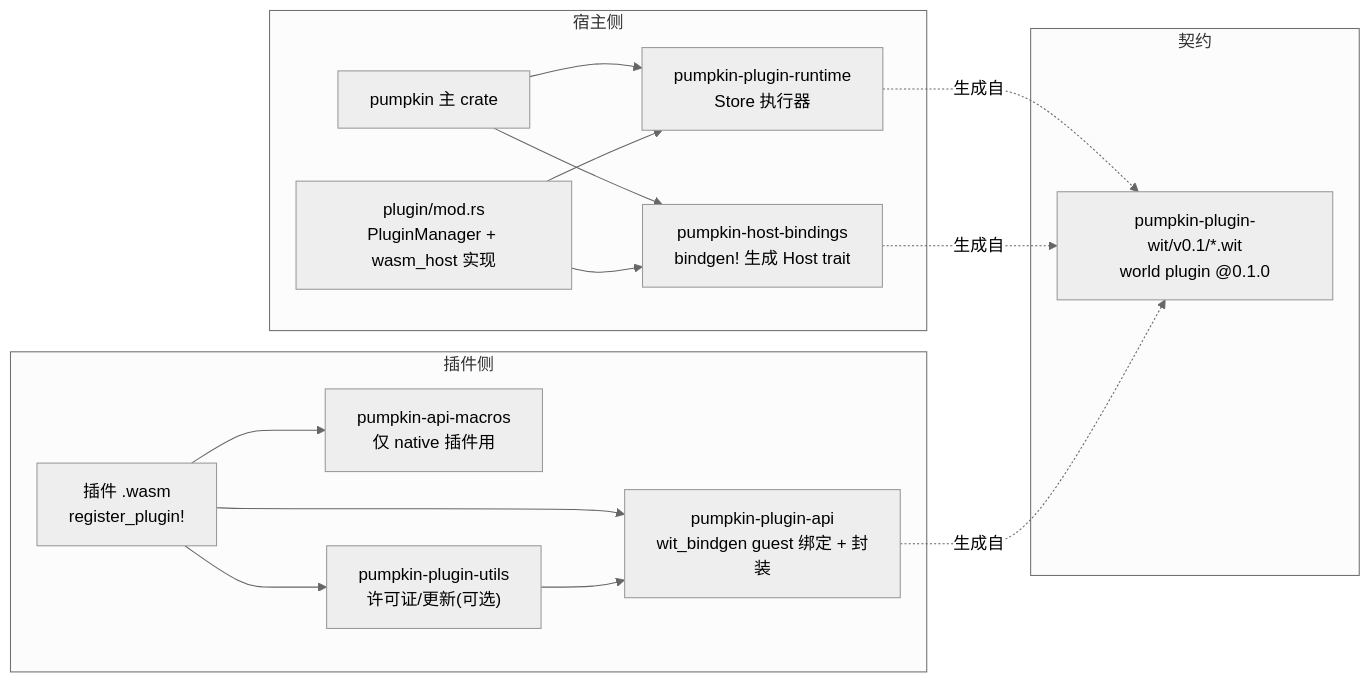
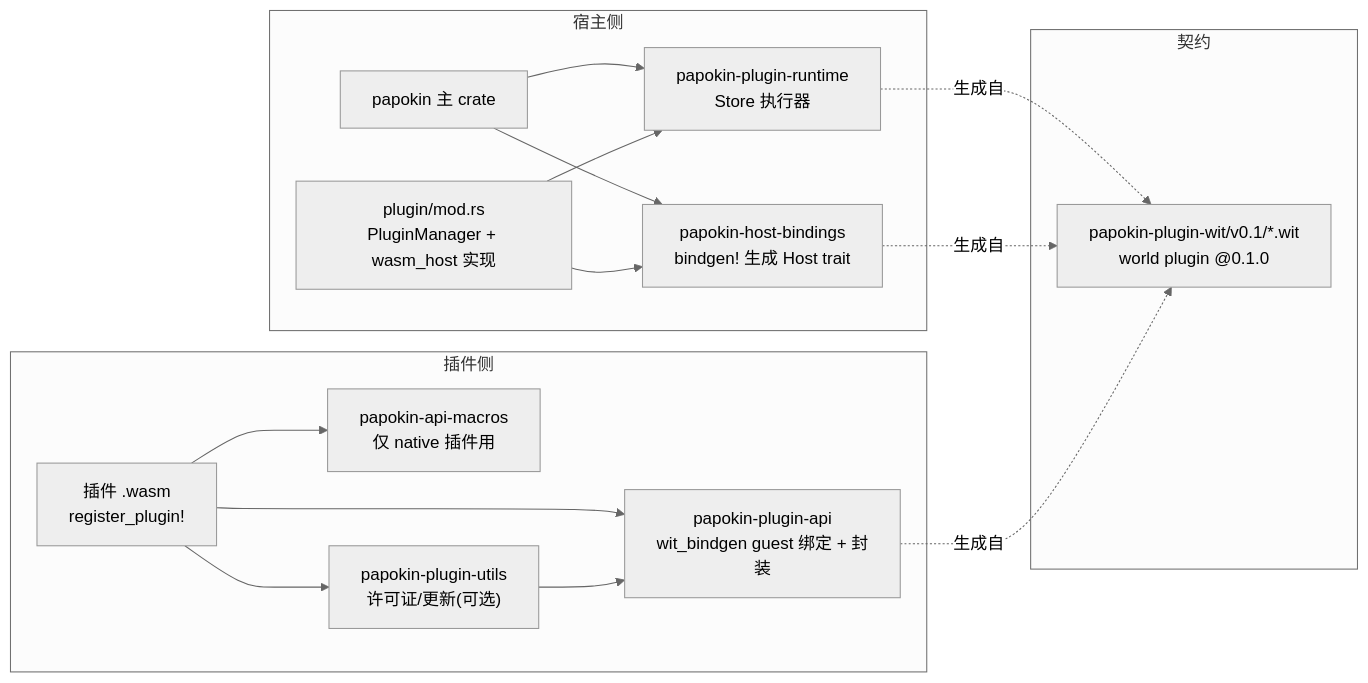
The third of 3 diagrams in note/03-依赖关系.md (Quotidietium/Papokin), drawn with Mermaid (neutral theme) before and after one commit. The commit also changed other lines of this file, not shown here.

````diff
--- a/note/03-依赖关系.md
+++ b/note/03-依赖关系.md
@@ -146,26 +137,26 @@
 ```mermaid
 graph LR
     subgraph HOST["宿主侧"]
-        PUMPKIN2["pumpkin 主 crate"]
-        HB["pumpkin-host-bindings<br/>bindgen! 生成 Host trait"]
-        RT["pumpkin-plugin-runtime<br/>Store 执行器"]
+        PAPOKIN2["papokin 主 crate"]
+        HB["papokin-host-bindings<br/>bindgen! 生成 Host trait"]
+        RT["papokin-plugin-runtime<br/>Store 执行器"]
         PM["plugin/mod.rs<br/>PluginManager + wasm_host 实现"]
     end
     subgraph CONTRACT["契约"]
-        WITF["pumpkin-plugin-wit/v0.1/*.wit<br/>world plugin @0.1.0"]
+        WITF["papokin-plugin-wit/v0.1/*.wit<br/>world plugin @0.1.0"]
     end
     subgraph GUEST["插件侧"]
-        API["pumpkin-plugin-api<br/>wit_bindgen guest 绑定 + 封装"]
+        API["papokin-plugin-api<br/>wit_bindgen guest 绑定 + 封装"]
         PLUGIN["插件 .wasm<br/>register_plugin!"]
-        AM["pumpkin-api-macros<br/>仅 native 插件用"]
-        PU["pumpkin-plugin-utils<br/>许可证/更新(可选)"]
+        AM["papokin-api-macros<br/>仅 native 插件用"]
+        PU["papokin-plugin-utils<br/>许可证/更新(可选)"]
     end
-    PUMPKIN2 --> RT & HB
+    PAPOKIN2 --> RT & HB
     RT & HB -. "生成自" .-> WITF
     PM --> RT & HB
     API -. "生成自" .-> WITF
     PLUGIN --> API
     PLUGIN --> AM
     PLUGIN --> PU
     PU --> API
 ```
````
